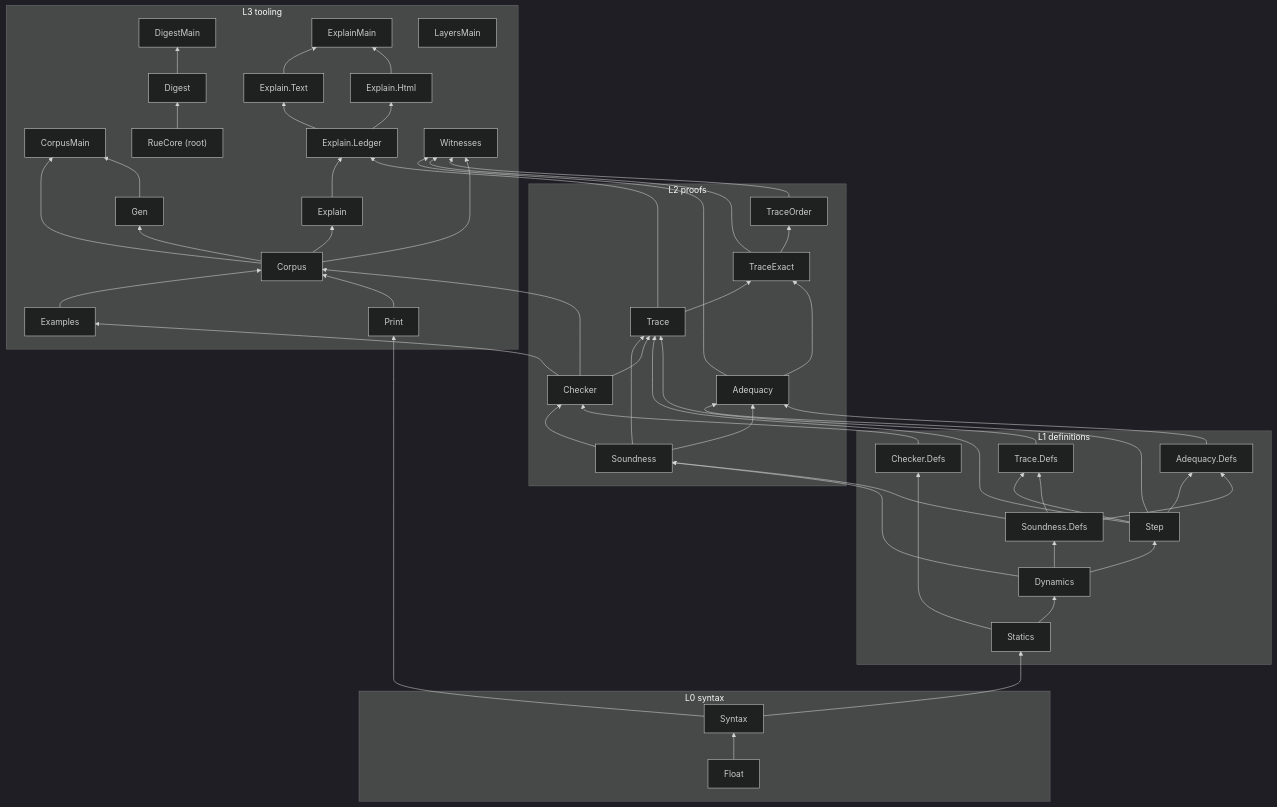
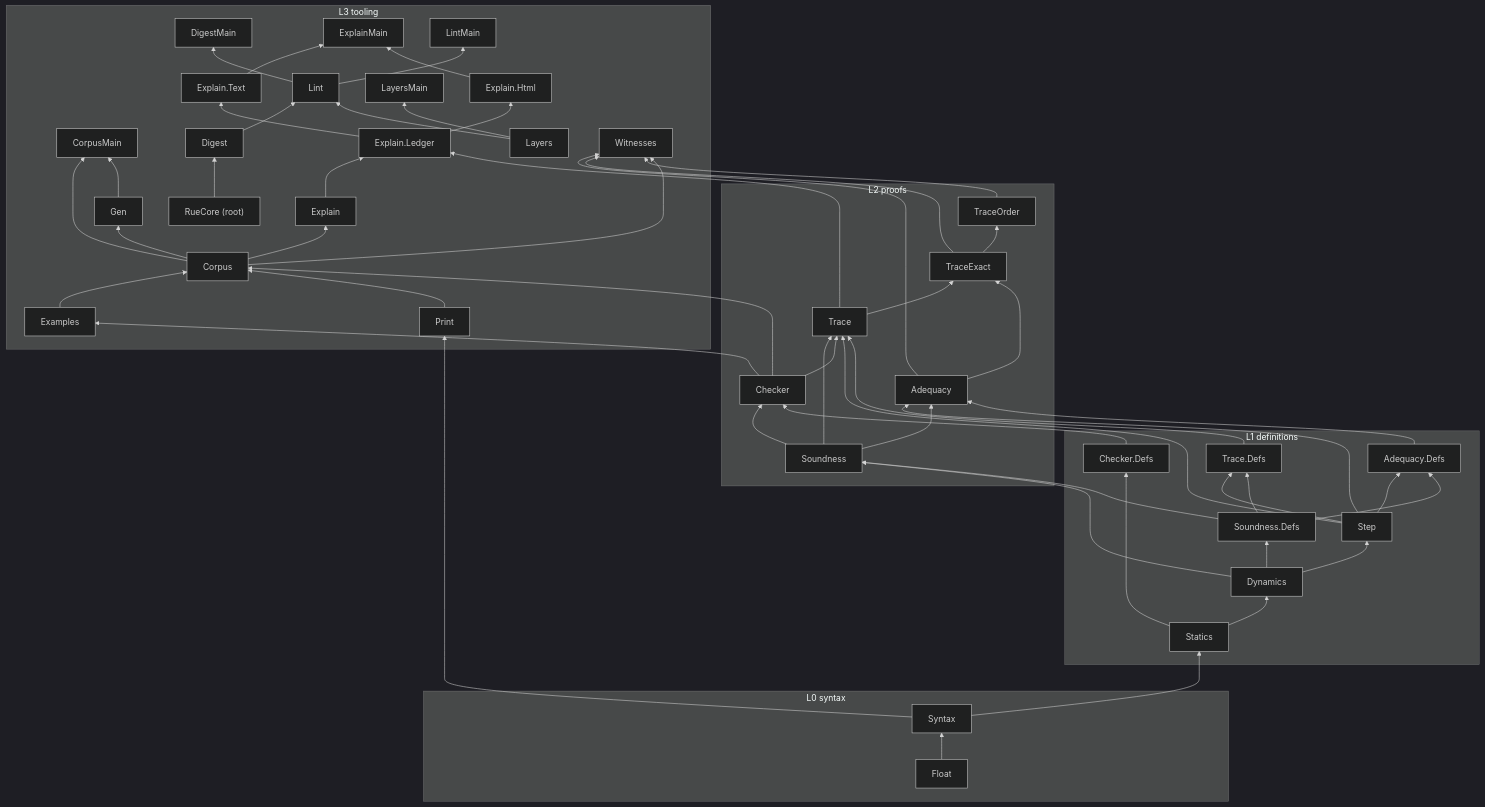
One commit to rue-language/rue changed the diagram in docs/formal/lean/README.md. Above: the diagram before and after it, drawn with Mermaid (dark theme). The commit also changed other lines of this file and 3 other files, not shown here.

```diff
--- a/docs/formal/lean/README.md
+++ b/docs/formal/lean/README.md
@@ -629,7 +641,10 @@
     Explain_Text["Explain.Text"]
     ExplainMain["ExplainMain"]
     Gen["Gen"]
+    Layers["Layers"]
     LayersMain["LayersMain"]
+    Lint["Lint"]
+    LintMain["LintMain"]
     Print["Print"]
     root["RueCore (root)"]
     Witnesses["Witnesses"]
@@ -664,7 +679,11 @@
   Corpus --> CorpusMain
   Gen --> CorpusMain
   root --> Digest
-  Digest --> DigestMain
+  Lint --> DigestMain
+  Layers --> LayersMain
+  Digest --> Lint
+  Layers --> Lint
+  Lint --> LintMain
   Checker --> Examples
   Corpus --> Explain
   Explain_Ledger --> Explain_Html
```
